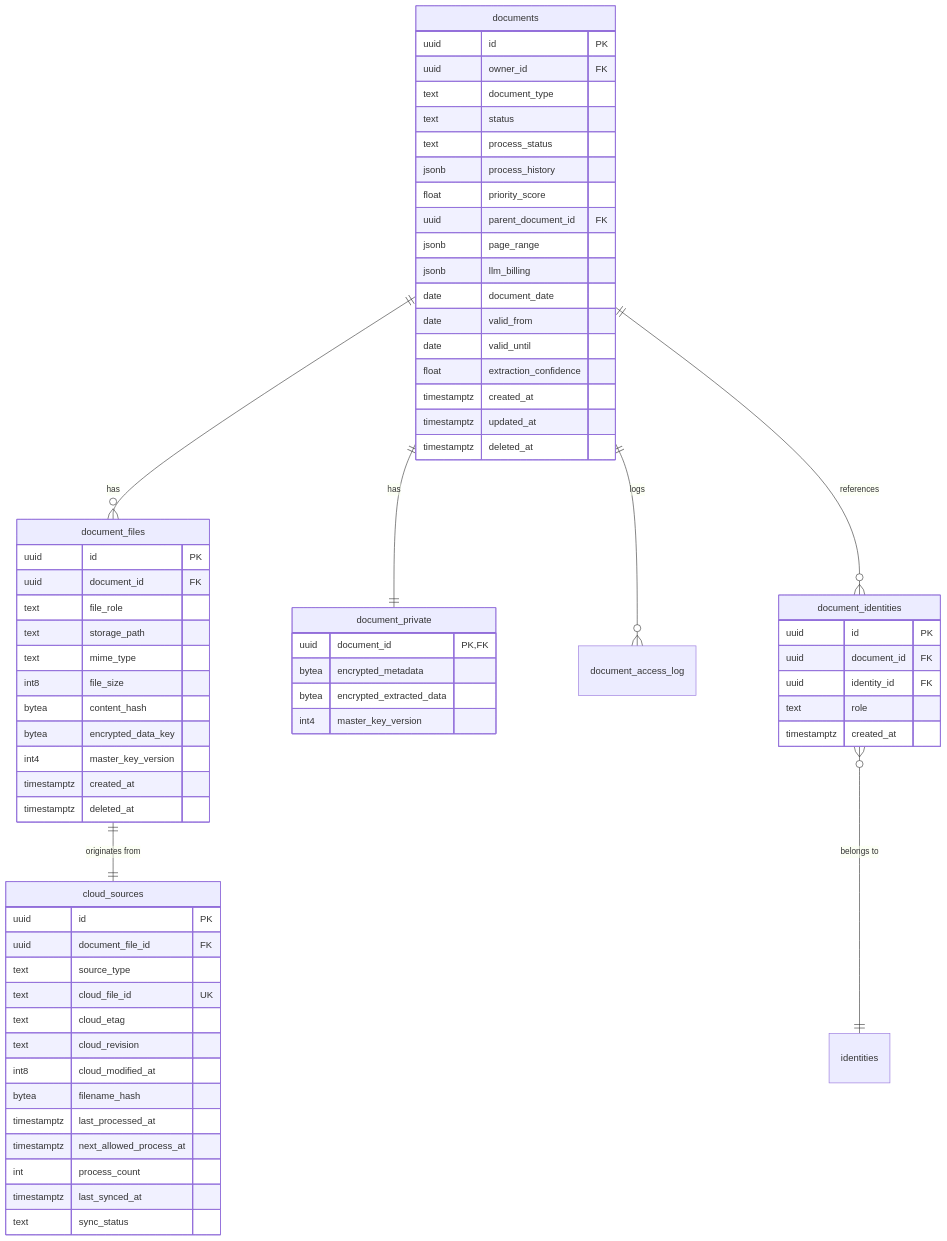
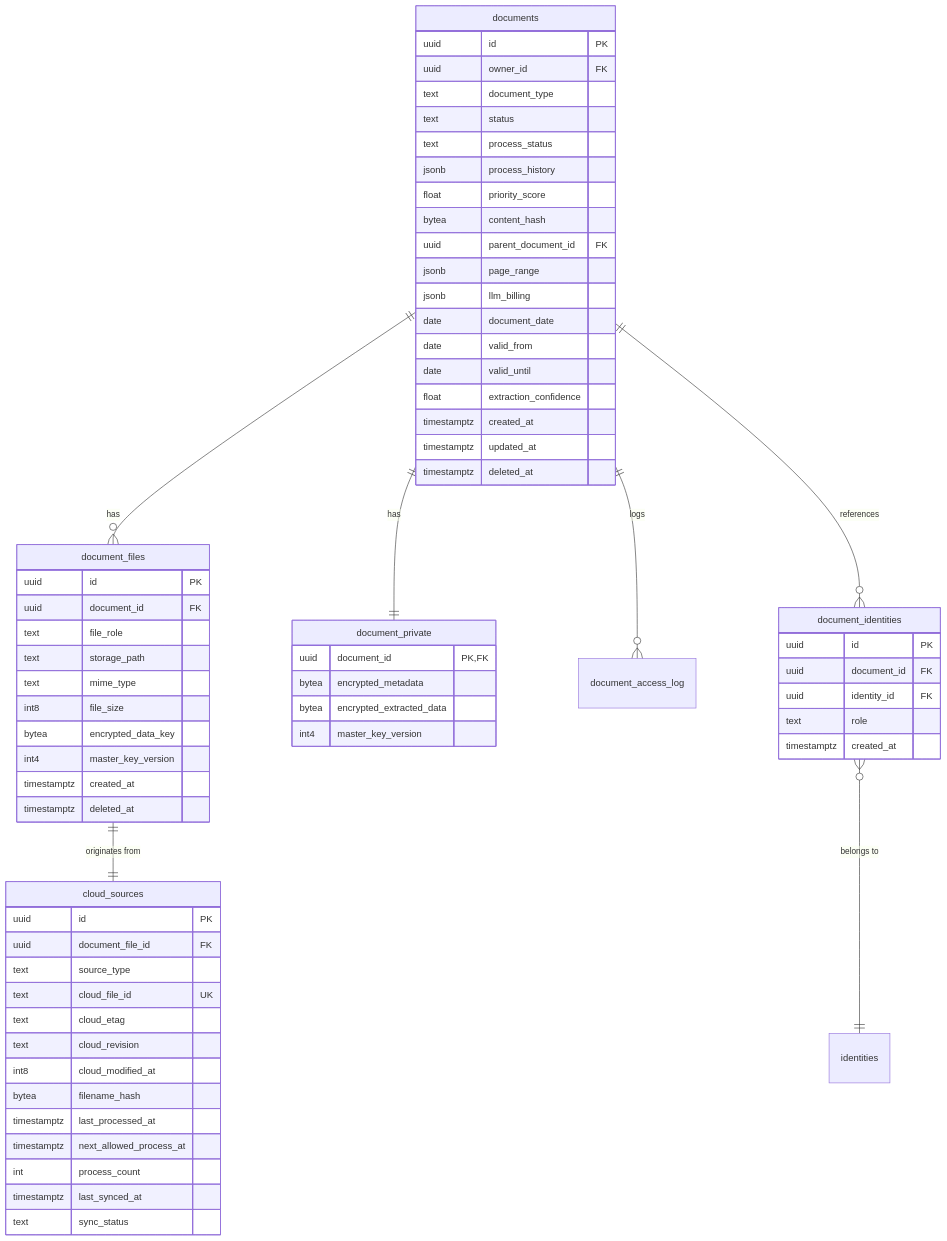
Before and after one commit to fu-iq12/DocGather: the second of 7 diagrams in docs/architecture/documents.md, drawn with Mermaid. The commit also changed other lines of this file and 10 other files, not shown here.

````diff
--- a/docs/architecture/documents.md
+++ b/docs/architecture/documents.md
@@ -104,74 +104,74 @@
 ```mermaid
 erDiagram
     documents ||--o{ document_files : "has"
     documents ||--|| document_private : "has"
     documents ||--o{ document_access_log : "logs"
     documents ||--o{ document_identities : "references"
     document_identities }o--|| identities : "belongs to"
     document_files ||--|| cloud_sources : "originates from"
 
     documents {
         uuid id PK
         uuid owner_id FK
         text document_type
         text status
         text process_status
         jsonb process_history
         float priority_score
+        bytea content_hash
         uuid parent_document_id FK
         jsonb page_range
         jsonb llm_billing
         date document_date
         date valid_from
         date valid_until
         float extraction_confidence
         timestamptz created_at
         timestamptz updated_at
         timestamptz deleted_at
     }
 
     document_identities {
         uuid id PK
         uuid document_id FK
         uuid identity_id FK
         text role
         timestamptz created_at
     }
 
     document_files {
         uuid id PK
         uuid document_id FK
         text file_role
         text storage_path
         text mime_type
         int8 file_size
-        bytea content_hash
         bytea encrypted_data_key
         int4 master_key_version
         timestamptz created_at
         timestamptz deleted_at
     }
 
     document_private {
         uuid document_id PK,FK
         bytea encrypted_metadata
         bytea encrypted_extracted_data
         int4 master_key_version
     }
 
     cloud_sources {
         uuid id PK
         uuid document_file_id FK
         text source_type
         text cloud_file_id UK
         text cloud_etag
         text cloud_revision
         int8 cloud_modified_at
         bytea filename_hash
         timestamptz last_processed_at
         timestamptz next_allowed_process_at
         int process_count
         timestamptz last_synced_at
         text sync_status
     }
 ```
````
